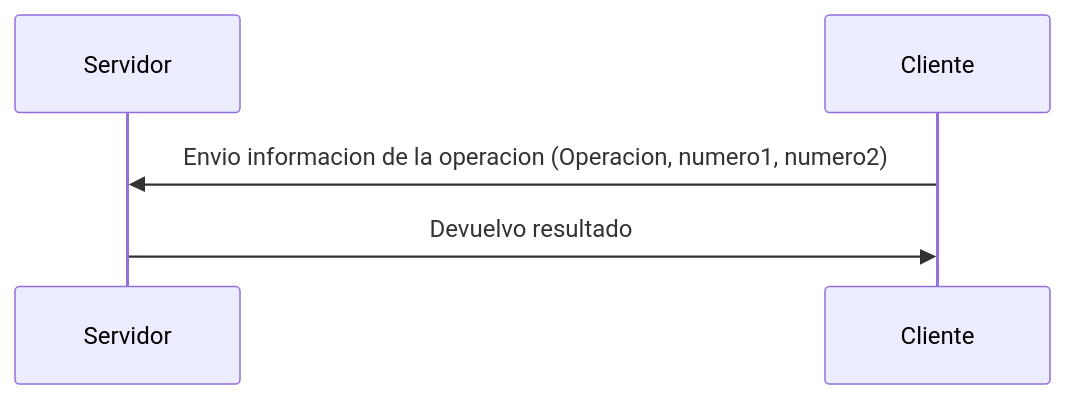
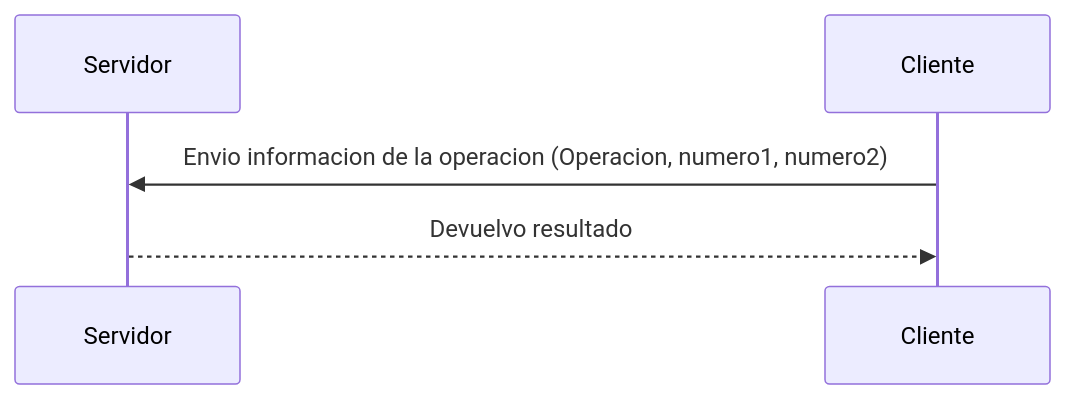
One commit to Mestosc/Tarea29PSP changed the diagram in README.md. Above: the diagram before and after it, drawn with Mermaid.

Commit message:
Actualizar diagrama de secuencia en README.md

````diff
--- a/README.md
+++ b/README.md
@@ -2,8 +2,8 @@
 ```mermaid
 sequenceDiagram
   participant S as Servidor
   participant C as Cliente
   C ->> S: Envio informacion de la operacion (Operacion, numero1, numero2)
-  S ->> C: Devuelvo resultado
+  S -->> C: Devuelvo resultado
 
 ```
````
